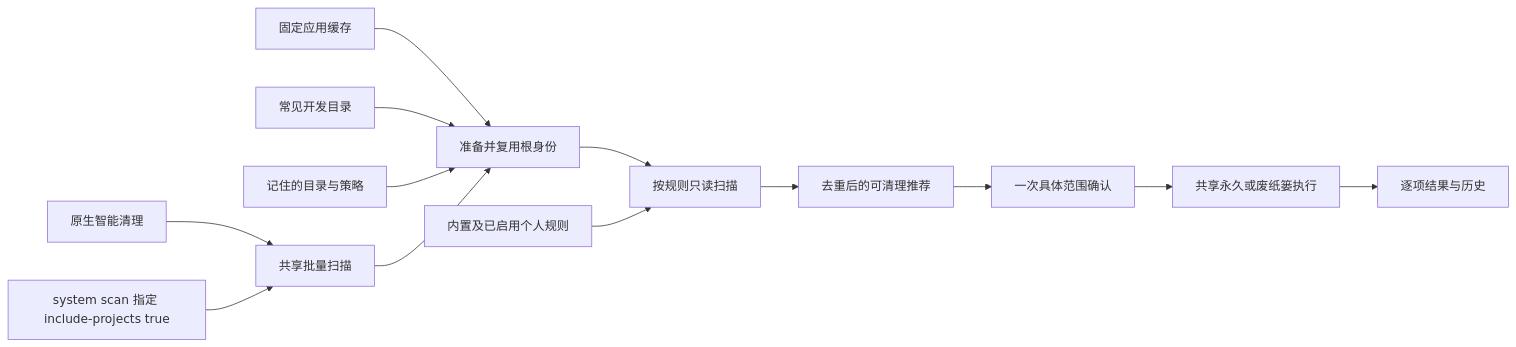
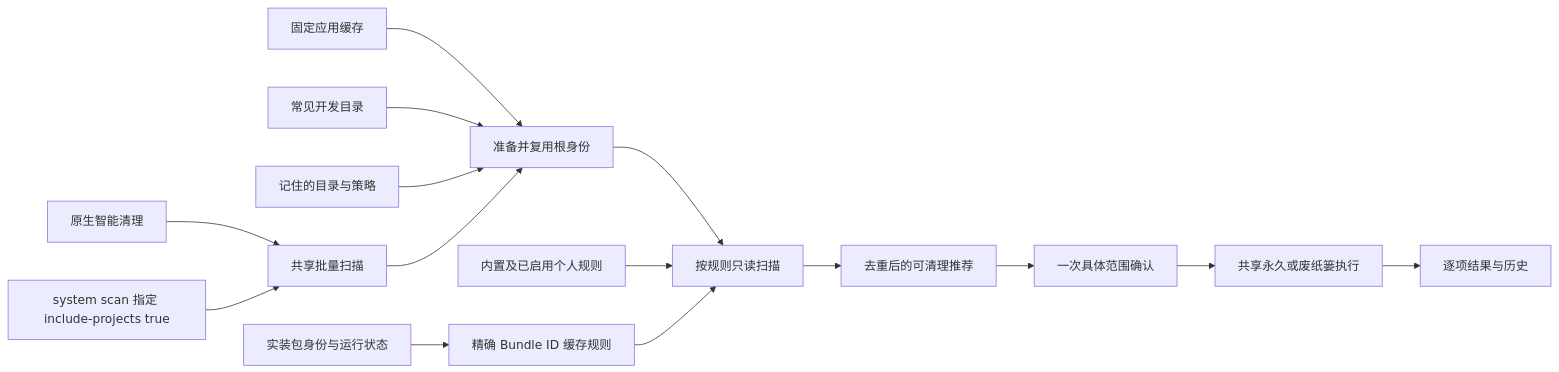
Before and after one commit to limecloud/shou: the first of 3 diagrams in docs/zh-CN/product/unified-cleanup.md, drawn with Mermaid. The commit also changed other lines of this file and 18 other files, not shown here.

````diff
--- a/docs/zh-CN/product/unified-cleanup.md
+++ b/docs/zh-CN/product/unified-cleanup.md
@@ -35,15 +43,17 @@
 ```mermaid
 flowchart LR
   Desktop[原生智能清理] --> Batch[共享批量扫描]
   CLI[system scan 指定 include-projects true] --> Batch
   Fixed[固定应用缓存] --> Roots[准备并复用根身份]
   Hints[常见开发目录] --> Roots
   Saved[记住的目录与策略] --> Roots
   Batch --> Roots
   Roots --> Scan[按规则只读扫描]
   Rules[内置及已启用个人规则] --> Scan
+  Apps[实装包身份与运行状态] --> Generic[精确 Bundle ID 缓存规则]
+  Generic --> Scan
   Scan --> Review[去重后的可清理推荐]
   Review --> Confirm[一次具体范围确认]
   Confirm --> Execute[共享永久或废纸篓执行]
   Execute --> History[逐项结果与历史]
 ```
````
